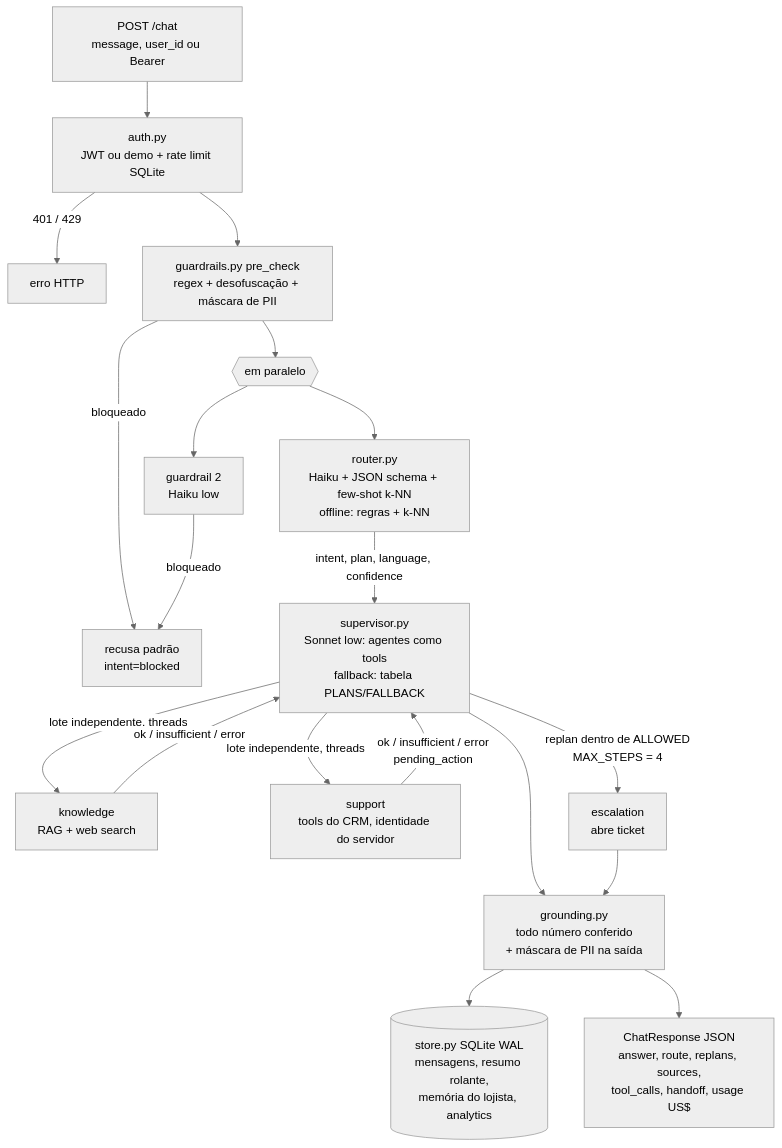
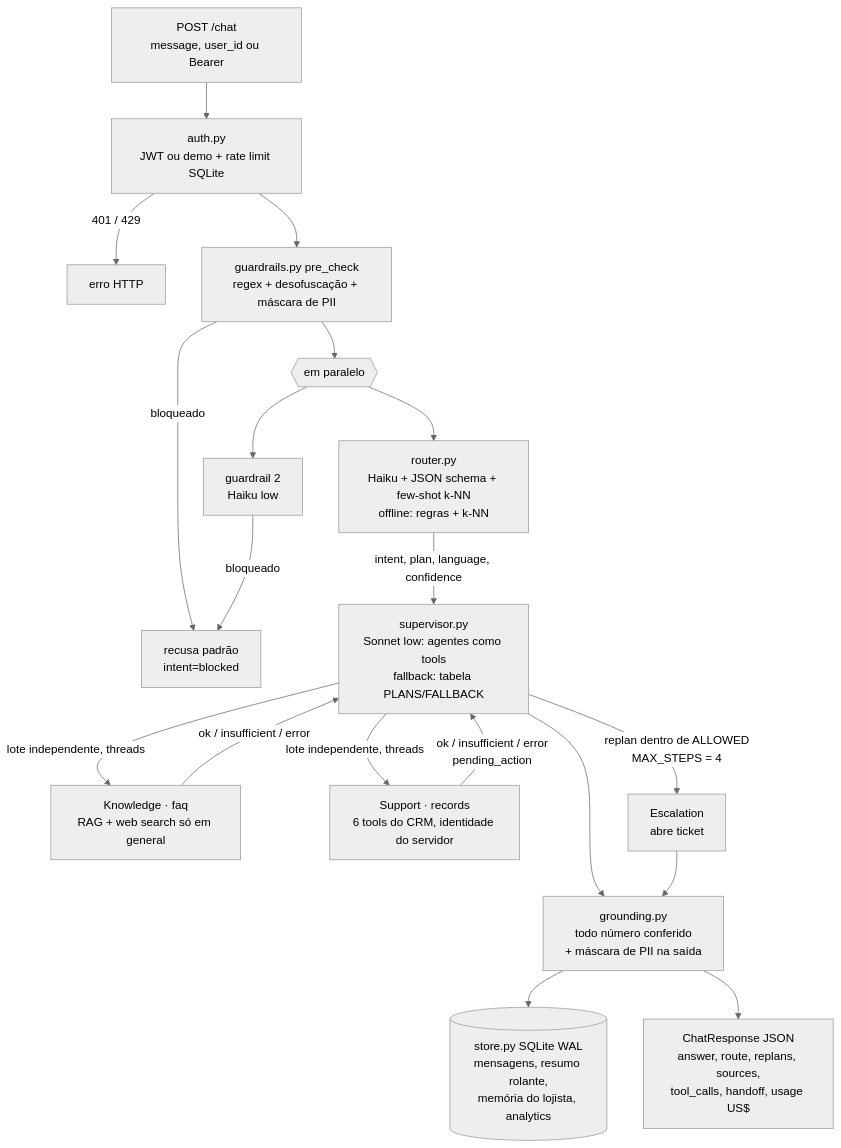
The first of 3 diagrams in docs/ARCHITECTURE.md (maathmartins-ux/getnet-support-agents), drawn with Mermaid (neutral theme) before and after one commit. The commit also changed other lines of this file and 1 other file, not shown here.

Commit message:
fork d: README e ARCHITECTURE alinhados à SPEC (agentes faq/records, taxonomia, 6 tools)

````diff
--- a/docs/ARCHITECTURE.md
+++ b/docs/ARCHITECTURE.md
@@ -8,21 +8,21 @@
 ```mermaid
 flowchart TD
   IN[POST /chat<br/>message, user_id ou Bearer] --> AUTH[auth.py<br/>JWT ou demo + rate limit SQLite]
   AUTH -->|401 / 429| OUT_ERR[erro HTTP]
   AUTH --> G1[guardrails.py pre_check<br/>regex + desofuscação + máscara de PII]
   G1 -->|bloqueado| REF[recusa padrão<br/>intent=blocked]
   G1 --> PAR{{em paralelo}}
   PAR --> G2[guardrail 2<br/>Haiku low]
   PAR --> RT[router.py<br/>Haiku + JSON schema + few-shot k-NN<br/>offline: regras + k-NN]
   G2 -->|bloqueado| REF
   RT -->|intent, plan, language, confidence| SUP[supervisor.py<br/>Sonnet low: agentes como tools<br/>fallback: tabela PLANS/FALLBACK]
-  SUP -->|lote independente, threads| K[knowledge<br/>RAG + web search]
-  SUP -->|lote independente, threads| S[support<br/>tools do CRM, identidade do servidor]
+  SUP -->|lote independente, threads| K[Knowledge · faq<br/>RAG + web search só em general]
+  SUP -->|lote independente, threads| S[Support · records<br/>6 tools do CRM, identidade do servidor]
   K -->|ok / insufficient / error| SUP
   S -->|ok / insufficient / error<br/>pending_action| SUP
-  SUP -->|replan dentro de ALLOWED<br/>MAX_STEPS = 4| E[escalation<br/>abre ticket]
+  SUP -->|replan dentro de ALLOWED<br/>MAX_STEPS = 4| E[Escalation<br/>abre ticket]
   SUP --> OUTG[grounding.py<br/>todo número conferido<br/>+ máscara de PII na saída]
   E --> OUTG
   OUTG --> ST[(store.py SQLite WAL<br/>mensagens, resumo rolante,<br/>memória do lojista, analytics)]
   OUTG --> RESP[ChatResponse JSON<br/>answer, route, replans, sources,<br/>tool_calls, handoff, usage US$]
 ```
````
